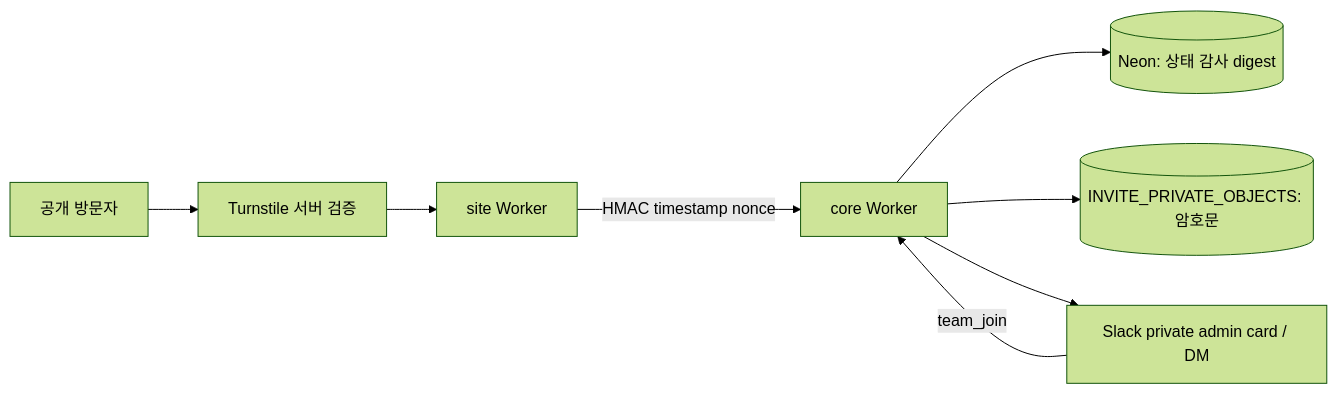
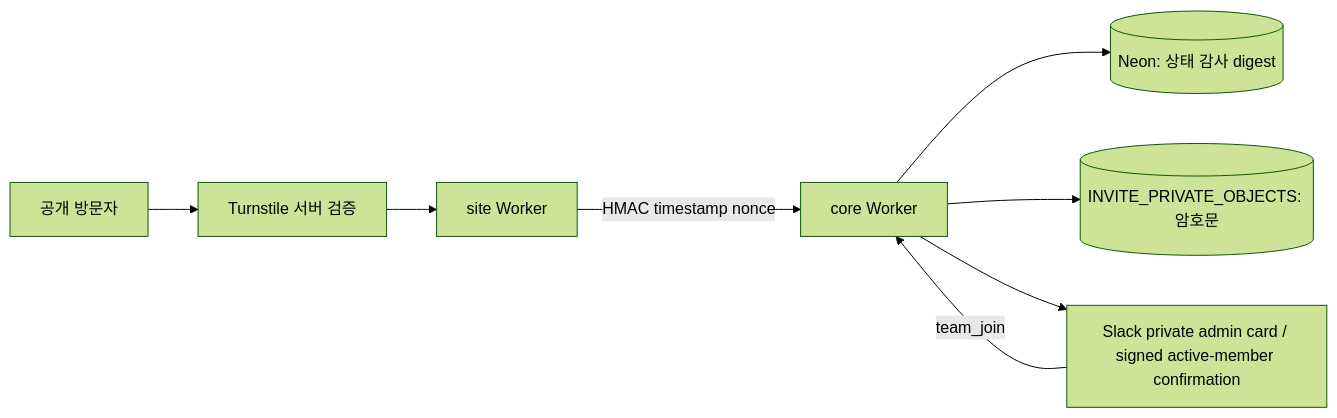
One commit to Betalgeuse/otl1 changed the third of 3 diagrams in docs/ARCHITECTURE.md. Above: the diagram before and after it, drawn with Mermaid (forest theme). The commit also changed other lines of this file and 12 other files, not shown here.

````diff
--- a/docs/ARCHITECTURE.md
+++ b/docs/ARCHITECTURE.md
@@ -107,10 +112,10 @@
 ```mermaid
 flowchart LR
   Visitor[공개 방문자] --> Turnstile[Turnstile 서버 검증]
   Turnstile --> Site[site Worker]
   Site -->|HMAC timestamp nonce| Core[core Worker]
   Core --> DB[(Neon: 상태 감사 digest)]
   Core --> InviteR2[(INVITE_PRIVATE_OBJECTS: 암호문)]
-  Core --> Slack[Slack private admin card / DM]
+  Core --> Slack[Slack private admin card / signed active-member confirmation]
   Slack -->|team_join| Core
 ```
````
